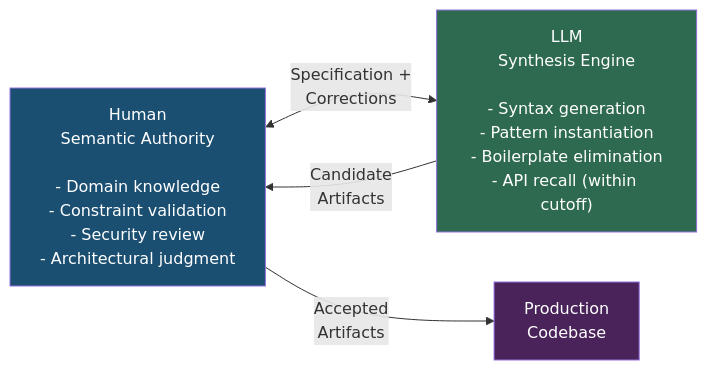
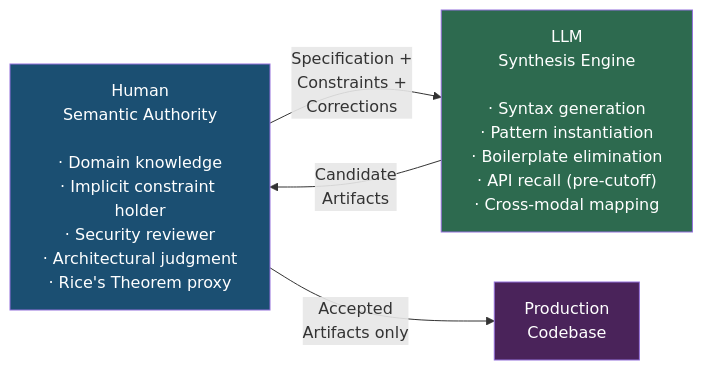
Before and after one commit to blebleblee/synapse: the seventh of 7 diagrams in topics/computing/ai/vibe_coding/lesson_01_foundations_and_invariants.md, drawn with Mermaid. The commit also changed other lines of this file and 4 other files, not shown here.

````diff
--- a/topics/computing/ai/vibe_coding/lesson_01_foundations_and_invariants.md
+++ b/topics/computing/ai/vibe_coding/lesson_01_foundations_and_invariants.md
@@ -438,12 +654,13 @@
 ```mermaid
 flowchart LR
-    H["Human\nSemantic Authority\n\n- Domain knowledge\n- Constraint validation\n- Security review\n- Architectural judgment"]
-    M["LLM\nSynthesis Engine\n\n- Syntax generation\n- Pattern instantiation\n- Boilerplate elimination\n- API recall (within cutoff)"]
-    H <-->|"Specification +\nCorrections"| M
+    H["Human\nSemantic Authority\n\n· Domain knowledge\n· Implicit constraint holder\n· Security reviewer\n· Architectural judgment\n· Rice's Theorem proxy"]
+    M["LLM\nSynthesis Engine\n\n· Syntax generation\n· Pattern instantiation\n· Boilerplate elimination\n· API recall (pre-cutoff)\n· Cross-modal mapping"]
+
+    H -->|"Specification +\nConstraints +\nCorrections"| M
     M -->|"Candidate\nArtifacts"| H
-    H -->|"Accepted\nArtifacts"| REPO["Production\nCodebase"]
+    H -->|"Accepted\nArtifacts only"| REPO["Production\nCodebase"]
 
     style H fill:#1b4f72,color:#fff
     style M fill:#2d6a4f,color:#fff
     style REPO fill:#4a235a,color:#fff
 ```
````
